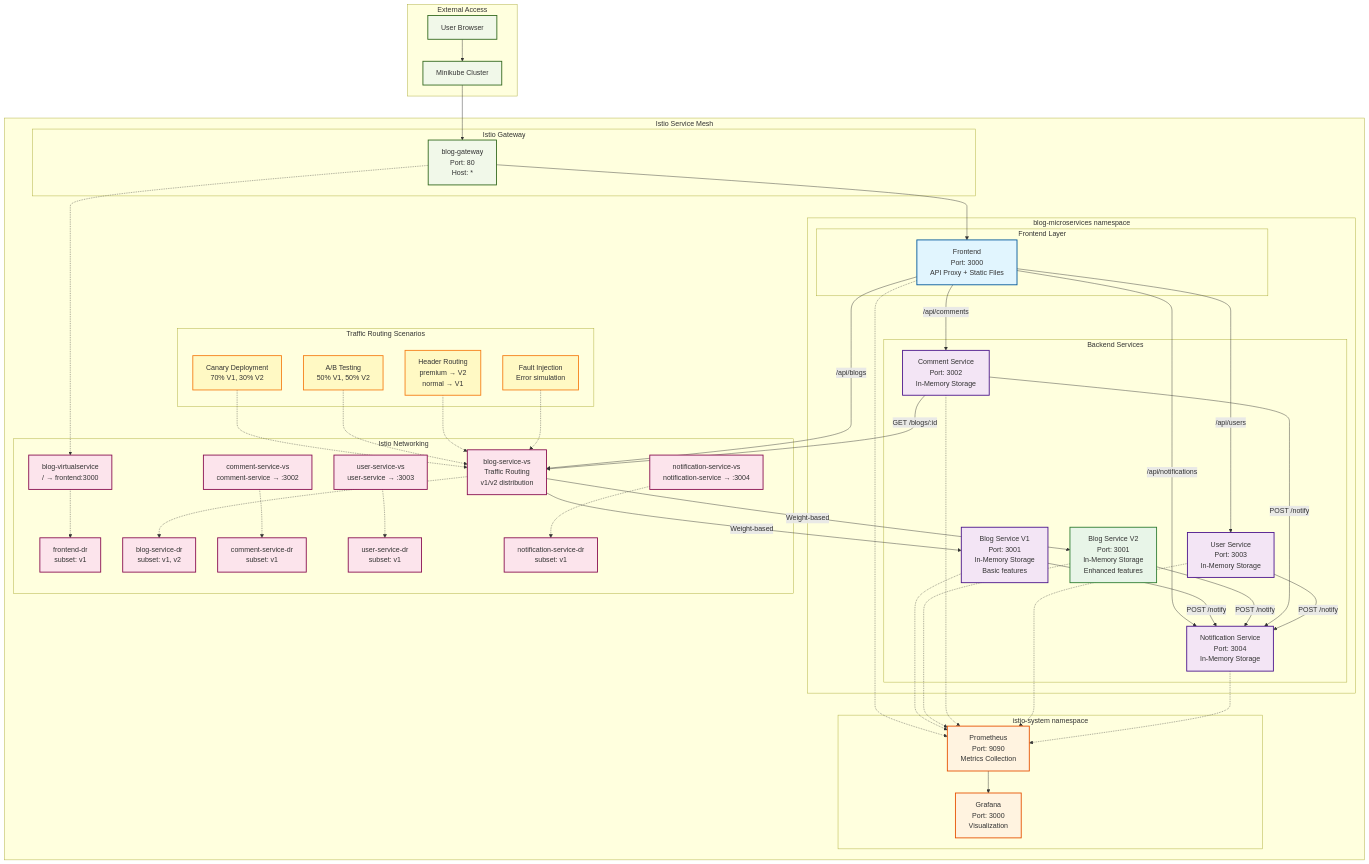
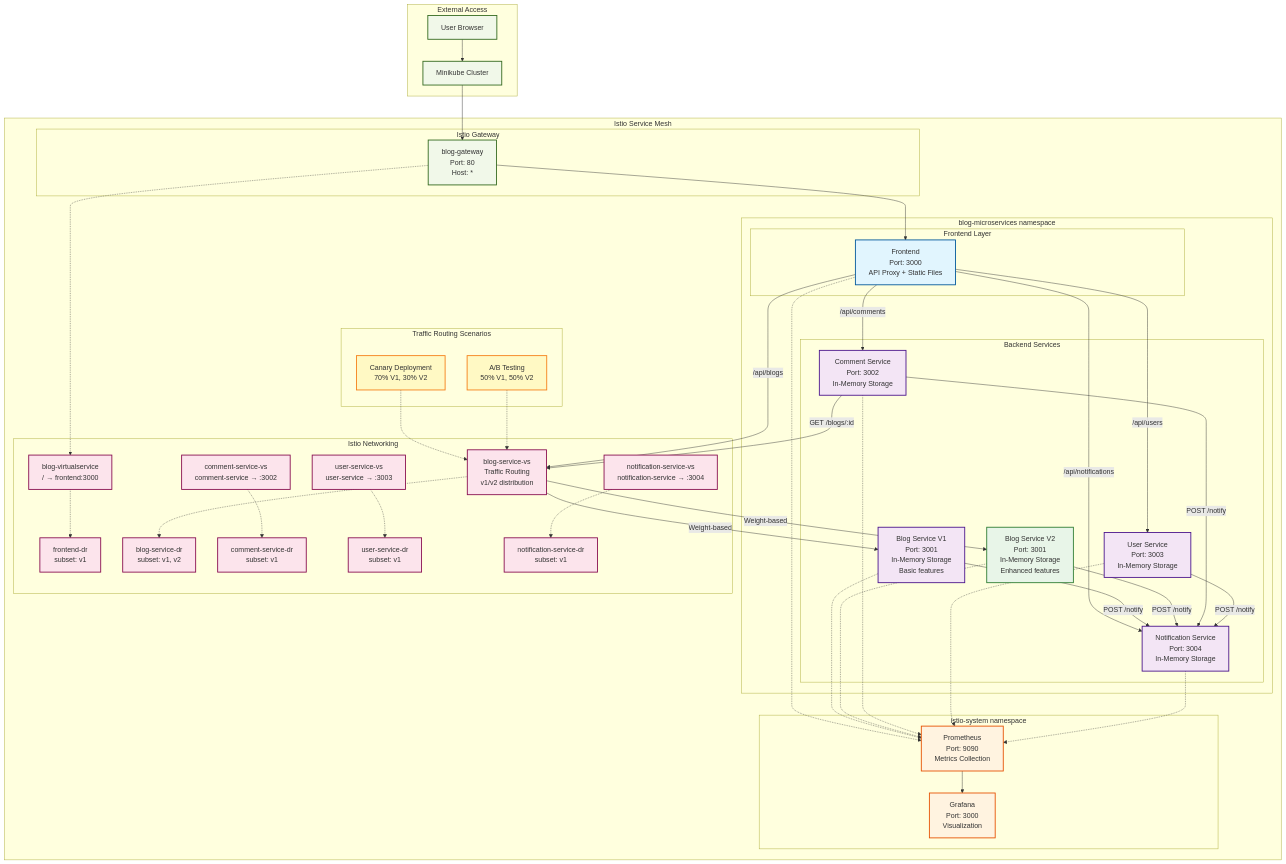
The first of 13 diagrams in docs/architecture-diagrams.md (vvt911/blog-microservices), drawn with Mermaid before and after one commit. The commit also changed other lines of this file, not shown here.

````diff
--- a/docs/architecture-diagrams.md
+++ b/docs/architecture-diagrams.md
@@ -45,8 +45,6 @@
         subgraph "Traffic Routing Scenarios"
             Canary[Canary Deployment<br/>70% V1, 30% V2]
             ABTest[A/B Testing<br/>50% V1, 50% V2]
-            HeaderRoute[Header Routing<br/>premium → V2<br/>normal → V1]
-            FaultInjection[Fault Injection<br/>Error simulation]
         end
         
         subgraph "istio-system namespace"
@@ -88,8 +86,6 @@
     %% Traffic Scenarios
     Canary -.-> VS2
     ABTest -.-> VS2
-    HeaderRoute -.-> VS2
-    FaultInjection -.-> VS2
     
     %% Monitoring (Envoy Sidecar)
     Frontend -.-> Prometheus
@@ -116,5 +112,5 @@
     class Prometheus,Grafana monitoring
     class User,Minikube,Gateway external
     class VS1,VS2,VS3,VS4,VS5,DR1,DR2,DR3,DR4,DR5 istio
-    class Canary,ABTest,HeaderRoute,FaultInjection traffic
+    class Canary,ABTest traffic
 ```
````
